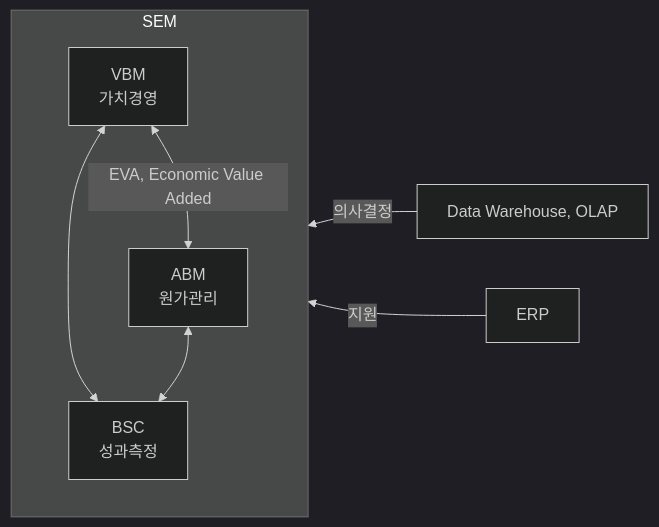
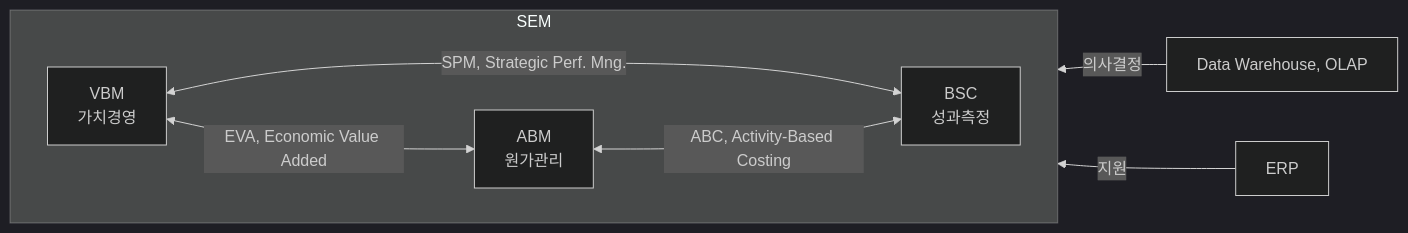
The diagram in blog/pe/mng/sem.md (gracefullight/gracefullight.github.io), drawn with Mermaid (dark theme) before and after one commit. The commit also changed other lines of this file, not shown here.

Commit message:
docs: 📚️ sem

````diff
--- a/blog/pe/mng/sem.md
+++ b/blog/pe/mng/sem.md
@@ -20,17 +20,17 @@
 ```mermaid
 graph RL
   subgraph SEM
-    direction TB
+    direction LR
     VBM[VBM<br/>가치경영]
     ABM[ABM<br/>원가관리]
     BSC[BSC<br/>성과측정]
 
-     VBM <--> BSC
+     VBM <-->|SPM, Strategic Perf. Mng.| BSC
     VBM <-->|EVA, Economic Value Added| ABM
-    ABM <--> BSC
+    ABM <-->|ABC, Activity-Based Costing| BSC
   end
 
   DW_OLAP[Data Warehouse, OLAP]
   DW_OLAP -->|의사결정| SEM
   ERP -->|지원| SEM
 ```
````
